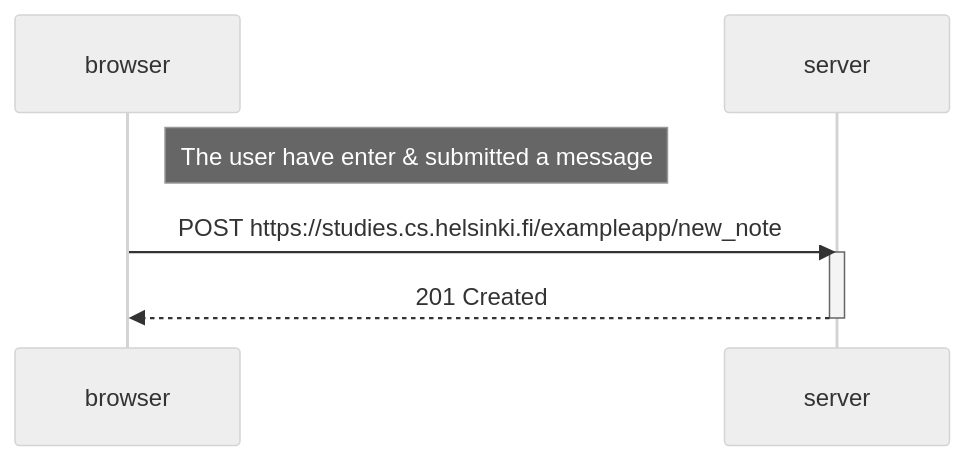
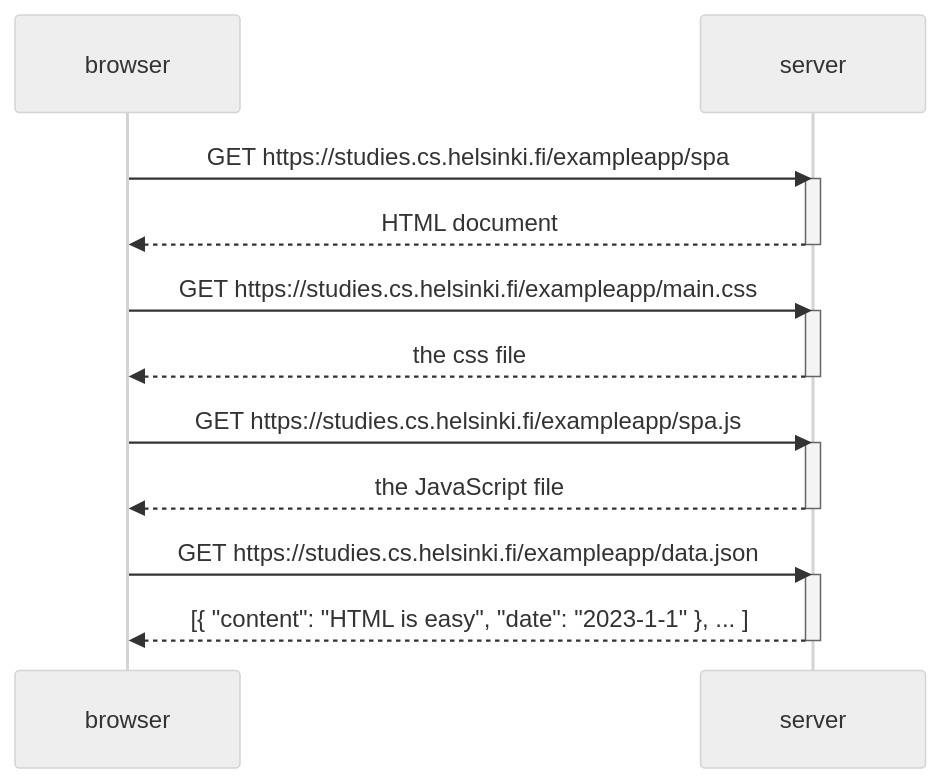
One commit to youssef-el-atmani/Full-Stack-Open changed the diagram in part-0/0.5_signle-app-diagram/singleAppDiagram.md. Above: the diagram before and after it, drawn with Mermaid (neutral theme).

Commit message:
Correct the singleAppDiagram

````diff
--- a/part-0/0.5_signle-app-diagram/singleAppDiagram.md
+++ b/part-0/0.5_signle-app-diagram/singleAppDiagram.md
@@ -1,12 +1,27 @@
 ```mermaid
 sequenceDiagram
     participant browser
     participant server
 
-    Note right of browser: The user have enter & submitted a message
-    browser->>server: POST https://studies.cs.helsinki.fi/exampleapp/new_note
+    browser->>server: GET https://studies.cs.helsinki.fi/exampleapp/spa
     activate server
-    server-->>browser: 201 Created
+    server-->>browser: HTML document
+    deactivate server
+
+    browser->>server: GET https://studies.cs.helsinki.fi/exampleapp/main.css
+    activate server
+    server-->>browser: the css file
+    deactivate server
+
+    browser->>server: GET https://studies.cs.helsinki.fi/exampleapp/spa.js
+    activate server
+    server-->>browser: the JavaScript file
+    deactivate server
+
+
+    browser->>server: GET https://studies.cs.helsinki.fi/exampleapp/data.json
+    activate server
+    server-->>browser: [{ "content": "HTML is easy", "date": "2023-1-1" }, ... ]
     deactivate server
 
 ```
````
